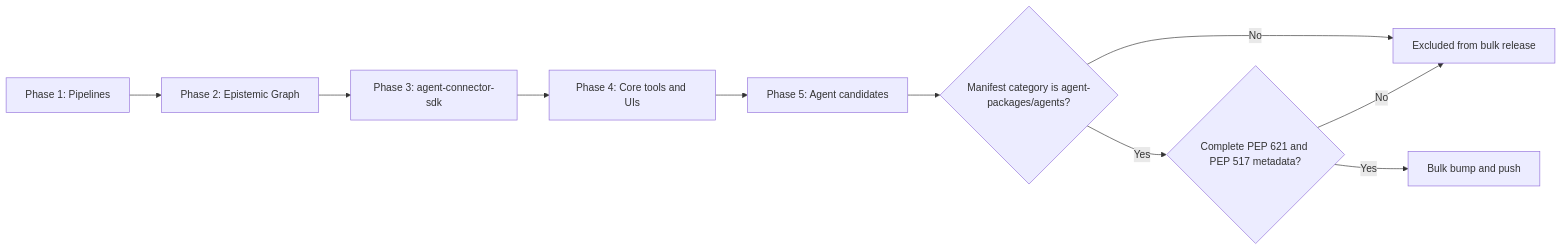
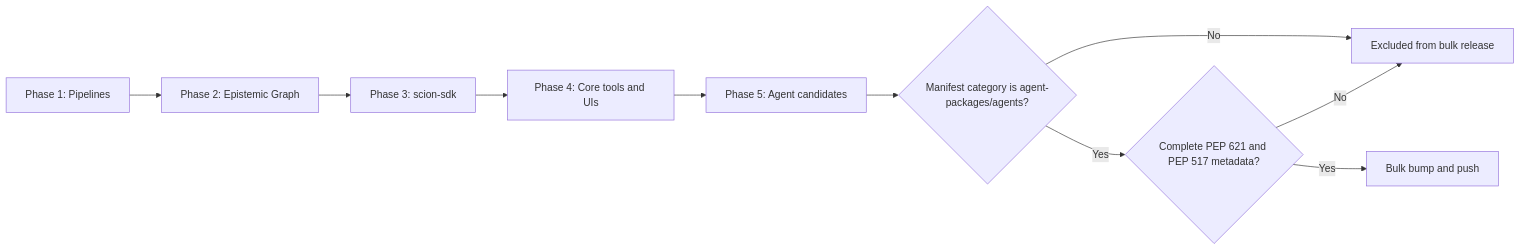
The diagram in docs/phased_push.md (Knuckles-Team/repository-manager), drawn with Mermaid before and after one commit. The commit also changed other lines of this file and 146 other files, not shown here.

First line of the commit message:
chore: require scion-sdk>=0.6.4 (3.5.4)

````diff
--- a/docs/phased_push.md
+++ b/docs/phased_push.md
@@ -42,12 +42,12 @@
 ```mermaid
 flowchart LR
     P1[Phase 1: Pipelines] --> P2[Phase 2: Epistemic Graph]
-    P2 --> P3[Phase 3: agent-connector-sdk]
+    P2 --> P3[Phase 3: scion-sdk]
     P3 --> P4[Phase 4: Core tools and UIs]
     P4 --> P5[Phase 5: Agent candidates]
     P5 --> C{Manifest category is agent-packages/agents?}
     C -- No --> X[Excluded from bulk release]
     C -- Yes --> M{Complete PEP 621 and PEP 517 metadata?}
     M -- No --> X
     M -- Yes --> R[Bulk bump and push]
 ```
````
